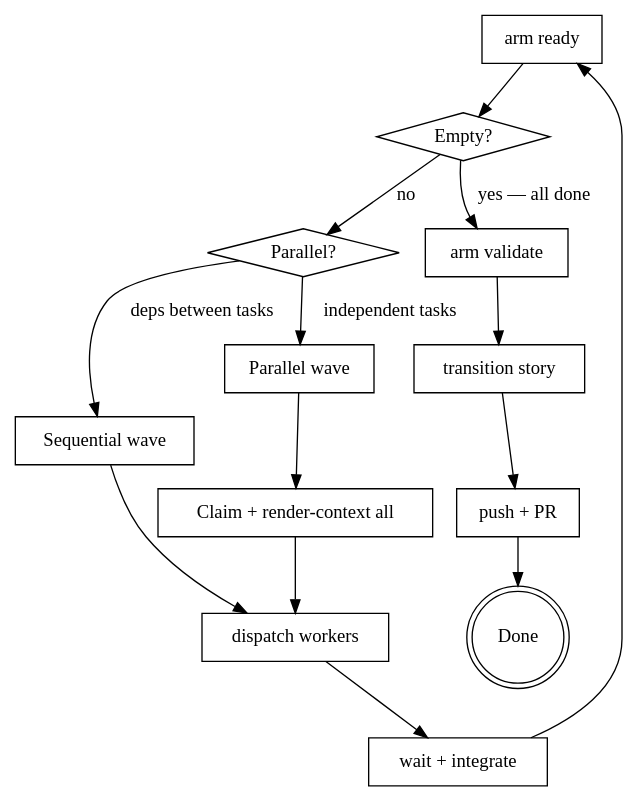
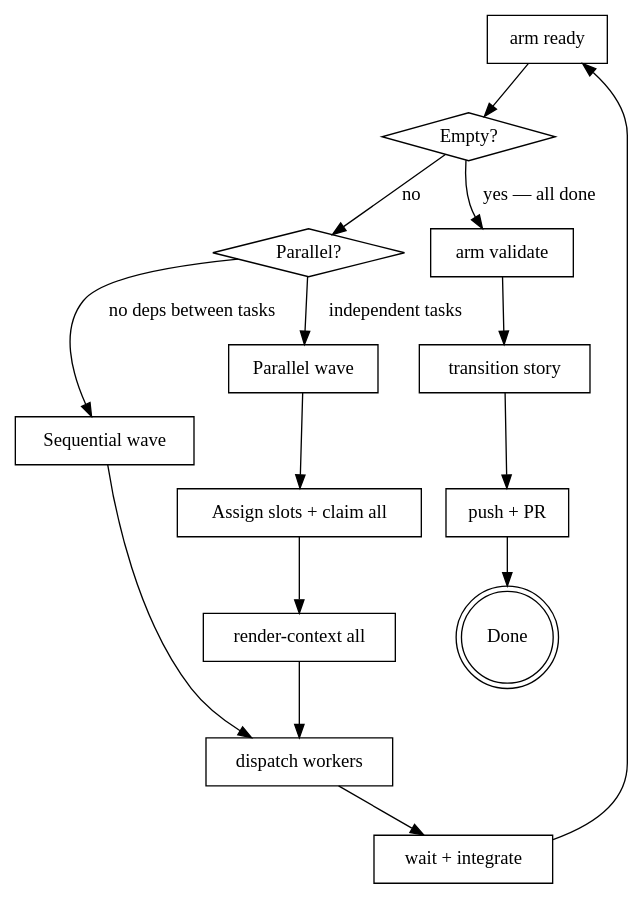
The diagram in internal/skillsembed/skills/armature-coordinator/SKILL.md (scullxbones/armature), drawn with Graphviz before and after one commit. The commit also changed other lines of this file and 371 other files, not shown here.

````diff
--- a/internal/skillsembed/skills/armature-coordinator/SKILL.md
+++ b/internal/skillsembed/skills/armature-coordinator/SKILL.md
@@ -53,30 +36,32 @@
 ```dot
 digraph coordinator_loop {
     "arm ready" [shape=box];
     "Empty?" [shape=diamond];
     "Parallel?" [shape=diamond];
     "Sequential wave" [shape=box];
     "Parallel wave" [shape=box];
-    "Claim + render-context all" [shape=box];
+    "Assign slots + claim all" [shape=box];
+    "render-context all" [shape=box];
     "dispatch workers" [shape=box];
     "wait + integrate" [shape=box];
     "arm validate" [shape=box];
     "transition story" [shape=box];
     "push + PR" [shape=box];
     "Done" [shape=doublecircle];
 
     "arm ready" -> "Empty?";
     "Empty?" -> "arm validate" [label="yes — all done"];
     "Empty?" -> "Parallel?" [label="no"];
-    "Parallel?" -> "Sequential wave" [label="deps between tasks"];
+    "Parallel?" -> "Sequential wave" [label="no deps between tasks"];
     "Parallel?" -> "Parallel wave" [label="independent tasks"];
     "Sequential wave" -> "dispatch workers";
-    "Parallel wave" -> "Claim + render-context all";
-    "Claim + render-context all" -> "dispatch workers";
+    "Parallel wave" -> "Assign slots + claim all";
+    "Assign slots + claim all" -> "render-context all";
+    "render-context all" -> "dispatch workers";
     "dispatch workers" -> "wait + integrate";
     "wait + integrate" -> "arm ready";
     "arm validate" -> "transition story";
     "transition story" -> "push + PR";
     "push + PR" -> "Done";
 }
 ```
````
